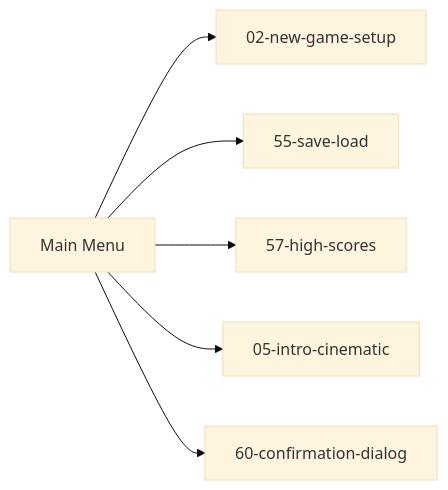
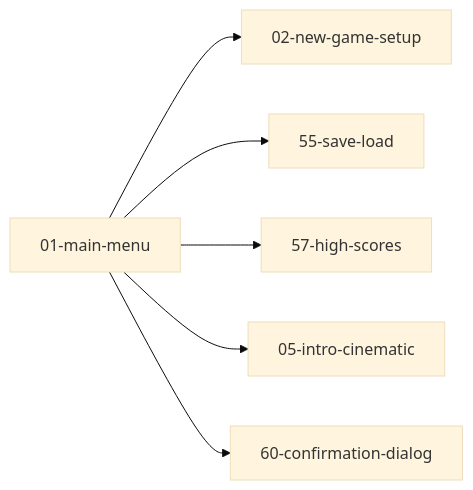
Before and after one commit to SunaNoOshiro/Heroes_Reforged_AI_Realms: the fifth of 5 diagrams in docs/architecture/wiki/screens/01-main-menu/architecture.md, drawn with Mermaid (base theme). The commit also changed other lines of this file and 518 other files, not shown here.

First line of the commit message:
Add doc-audit skill and sweep architecture/screen docs

````diff
--- a/docs/architecture/wiki/screens/01-main-menu/architecture.md
+++ b/docs/architecture/wiki/screens/01-main-menu/architecture.md
@@ -68,9 +77,9 @@
 ```mermaid
 flowchart LR
-  Current["Main Menu"]
+  Current["01-main-menu"]
   Current --> T0["02-new-game-setup"]
   Current --> T1["55-save-load"]
   Current --> T2["57-high-scores"]
   Current --> T3["05-intro-cinematic"]
   Current --> T4["60-confirmation-dialog"]
 ```
````
